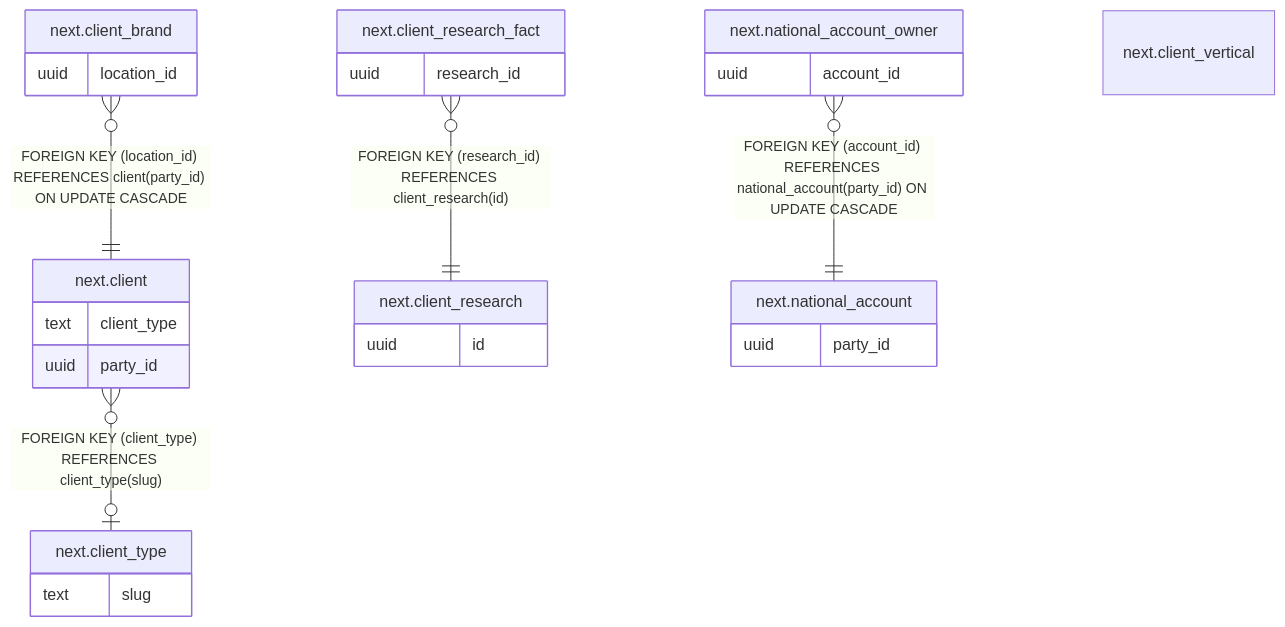
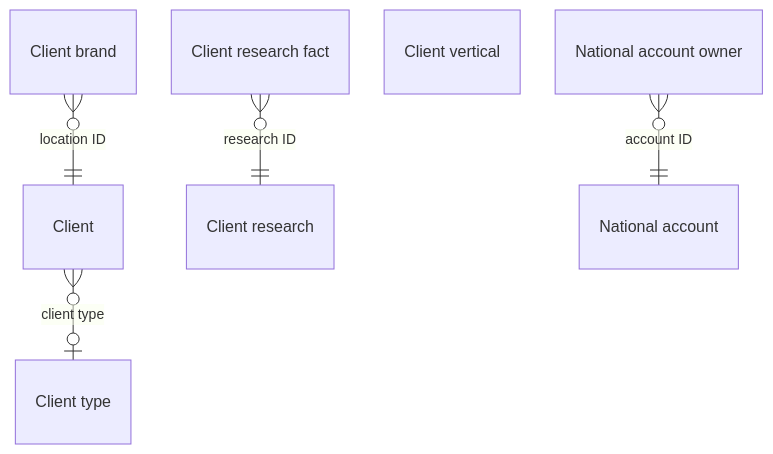
The diagram in docs/database/tables/viewpoint-clients.md (DoctorCRE/doctorcre-engine), drawn with Mermaid before and after one commit. The commit also changed other lines of this file and 29 other files, not shown here.

````diff
--- a/docs/database/tables/viewpoint-clients.md
+++ b/docs/database/tables/viewpoint-clients.md
@@ -22,33 +3,22 @@
 ```mermaid
+---
+config:
+  layout: elk
+  er:
+    nodeSpacing: 22
+    rankSpacing: 44
+---
 erDiagram
-
-"next.client" }o--o| "next.client_type" : "FOREIGN KEY (client_type) REFERENCES client_type(slug)"
-"next.client_brand" }o--|| "next.client" : "FOREIGN KEY (location_id) REFERENCES client(party_id) ON UPDATE CASCADE"
-"next.client_research_fact" }o--|| "next.client_research" : "FOREIGN KEY (research_id) REFERENCES client_research(id)"
-"next.national_account_owner" }o--|| "next.national_account" : "FOREIGN KEY (account_id) REFERENCES national_account(party_id) ON UPDATE CASCADE"
-
-"next.client" {
-  text client_type
-  uuid party_id
-}
-"next.client_brand" {
-  uuid location_id
-}
-"next.client_research" {
-  uuid id
-}
-"next.client_research_fact" {
-  uuid research_id
-}
-"next.client_type" {
-  text slug
-}
-"next.client_vertical" {
-}
-"next.national_account" {
-  uuid party_id
-}
-"next.national_account_owner" {
-  uuid account_id
-}
+  "Client"
+  "Client brand"
+  "Client research"
+  "Client research fact"
+  "Client type"
+  "Client vertical"
+  "National account"
+  "National account owner"
+  "Client" }o--o| "Client type" : "client type"
+  "Client brand" }o--|| "Client" : "location ID"
+  "Client research fact" }o--|| "Client research" : "research ID"
+  "National account owner" }o--|| "National account" : "account ID"
 ```
````
